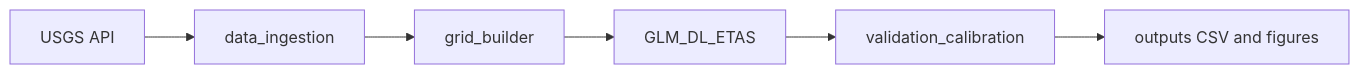
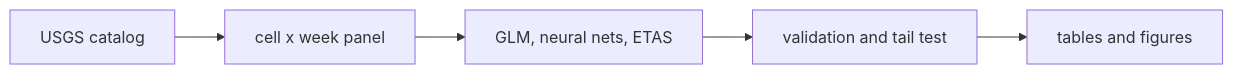
One commit to Al1mkaYandere/seismic-probabilistic-modeling changed the diagram in README.md. Above: the diagram before and after it, drawn with Mermaid. The commit also changed other lines of this file and 1 other file, not shown here.

````diff
--- a/README.md
+++ b/README.md
@@ -5,8 +84,7 @@
 ```mermaid
 flowchart LR
-  USGS[USGS API] --> ingest[data_ingestion]
-  ingest --> grid[grid_builder]
-  grid --> models[GLM_DL_ETAS]
-  models --> eval[validation_calibration]
-  eval --> artifacts[outputs CSV and figures]
+  catalog[USGS catalog] --> grid[cell x week panel]
+  grid --> models[GLM, neural nets, ETAS]
+  models --> eval[validation and tail test]
+  eval --> out[tables and figures]
 ```
````
